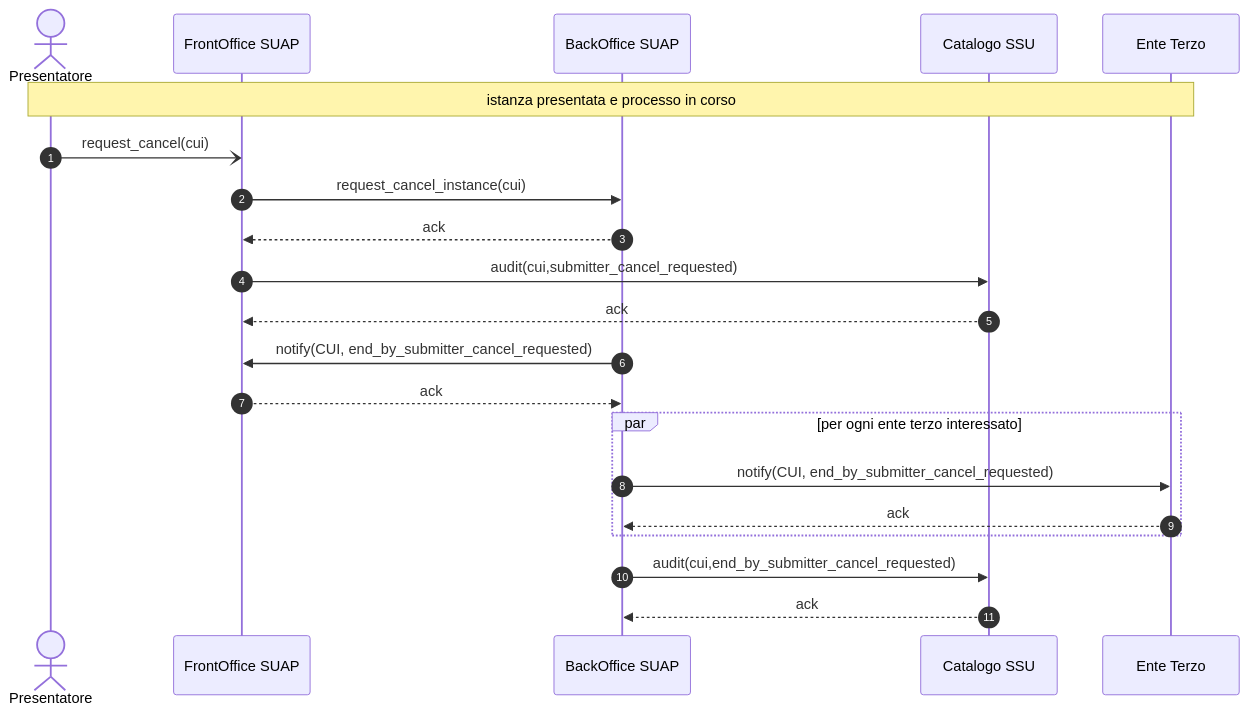
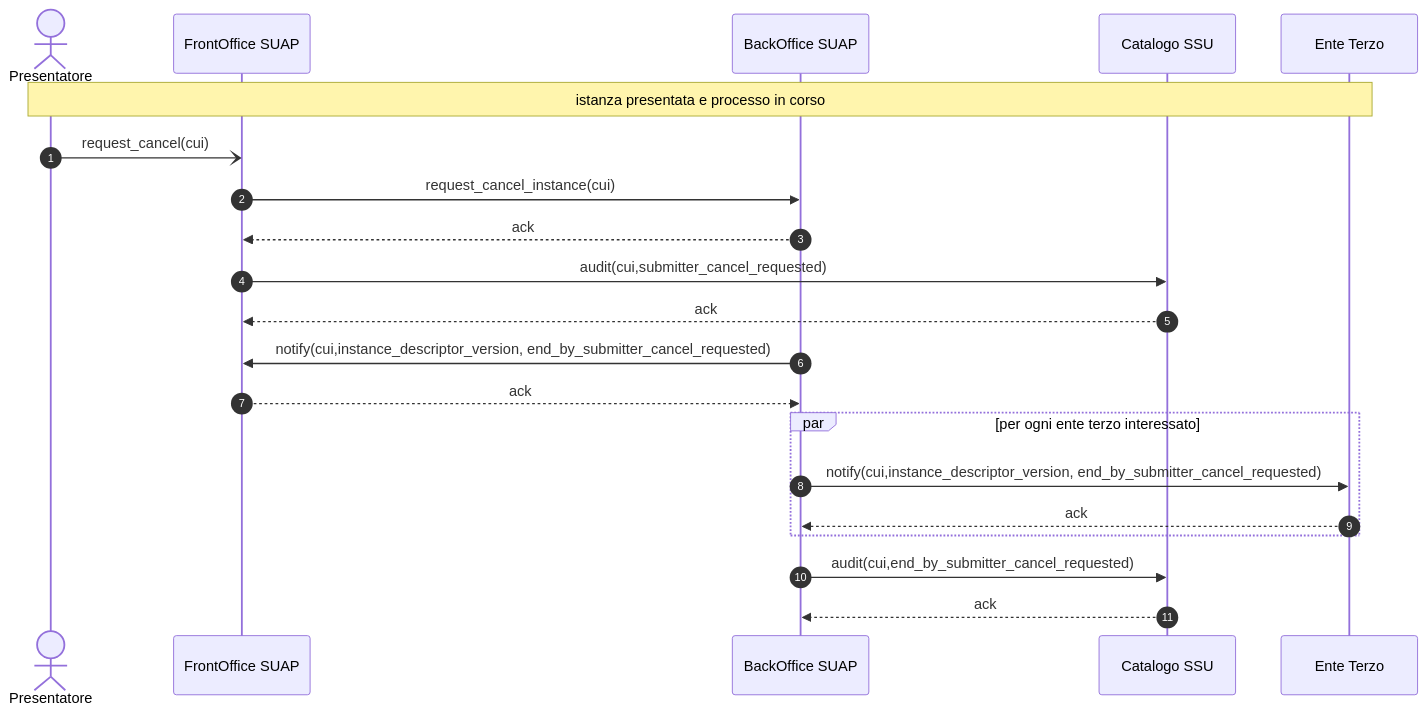
The diagram in to_interoperabilita/sequence-diagram/SubmitterCancel-001.mermaid (AgID/suap-gt-specifiche), drawn with Mermaid before and after one commit. The commit also changed 8 other files, not shown here.

First line of the commit message:
- add version of instance descriptor as parameter on operation that can determine change of instance status

```diff
--- a/to_interoperabilita/sequence-diagram/SubmitterCancel-001.mermaid
+++ b/to_interoperabilita/sequence-diagram/SubmitterCancel-001.mermaid
@@ -1,30 +1,30 @@
 sequenceDiagram
     autonumber
     
     actor P as Presentatore    
     participant F as FrontOffice SUAP  
     participant B as BackOffice SUAP   
     participant C as Catalogo SSU  
     participant E as Ente Terzo  
    
    
     Note over P,E: istanza presentata e processo in corso
 
     P -) F: request_cancel(cui)
     
     F->> B: request_cancel_instance(cui)
     B -->> F: ack
 
     F ->> C: audit(cui,submitter_cancel_requested)
     C -->> F: ack
 
-    B ->> F: notify(CUI, end_by_submitter_cancel_requested)
+    B ->> F: notify(cui,instance_descriptor_version, end_by_submitter_cancel_requested)
     F -->> B: ack
 
     par per ogni ente terzo interessato        
-        B ->> E: notify(CUI, end_by_submitter_cancel_requested)
+        B ->> E: notify(cui,instance_descriptor_version, end_by_submitter_cancel_requested)
         E -->> B: ack
     end
 
     B ->> C: audit(cui,end_by_submitter_cancel_requested)
     C -->> B: ack
```
